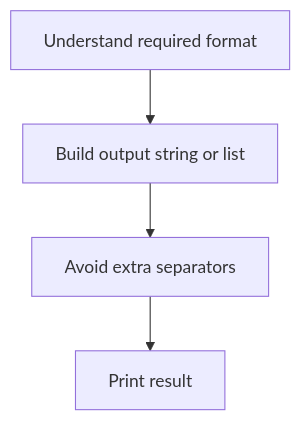
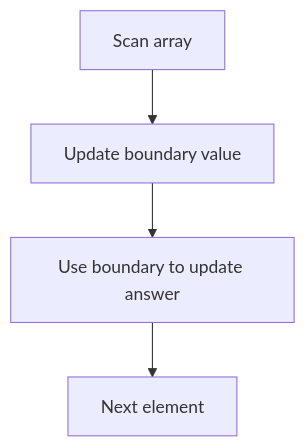
Before and after one commit to mthaiseer/springcloud-systemdesign-notes: diagram 18 of 23 in CP_DSA_NOTES/001_TOPIC_WISE/013_ADHOC_PROBLEMS.md, drawn with Mermaid. The commit also changed other lines of this file and 1 other file, not shown here.

````diff
--- a/CP_DSA_NOTES/001_TOPIC_WISE/013_ADHOC_PROBLEMS.md
+++ b/CP_DSA_NOTES/001_TOPIC_WISE/013_ADHOC_PROBLEMS.md
@@ -1477,6 +1443,6 @@
 ```mermaid
 flowchart TD
-    A["Understand required format"] --> B["Build output string or list"]
-    B --> C["Avoid extra separators"]
-    C --> D["Print result"]
+    A["Scan array"] --> B["Update boundary value"]
+    B --> C["Use boundary to update answer"]
+    C --> D["Next element"]
 ```
````
